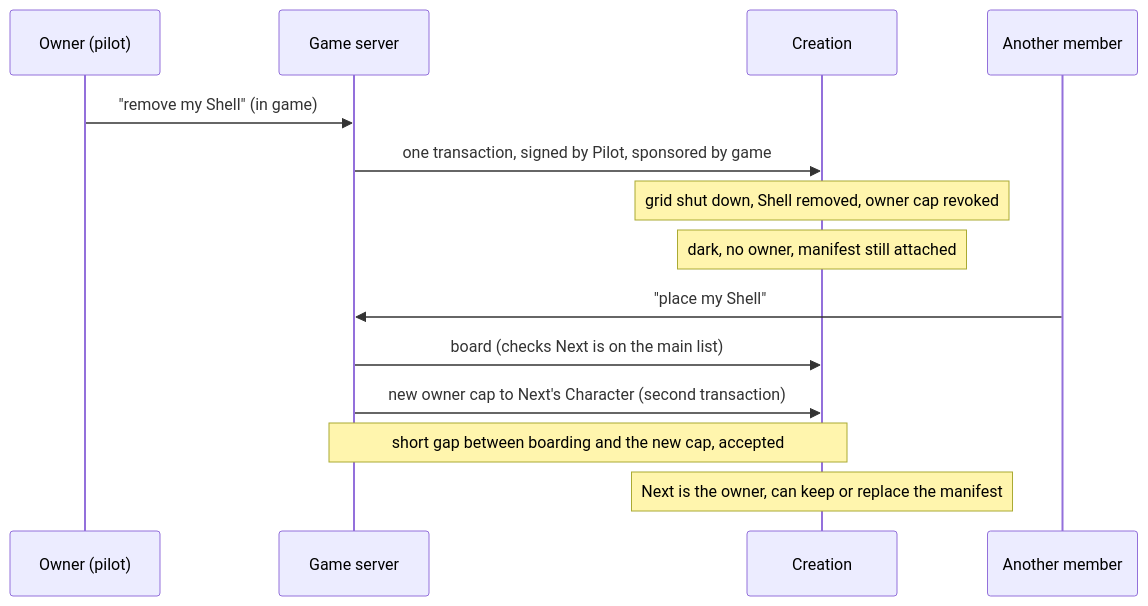
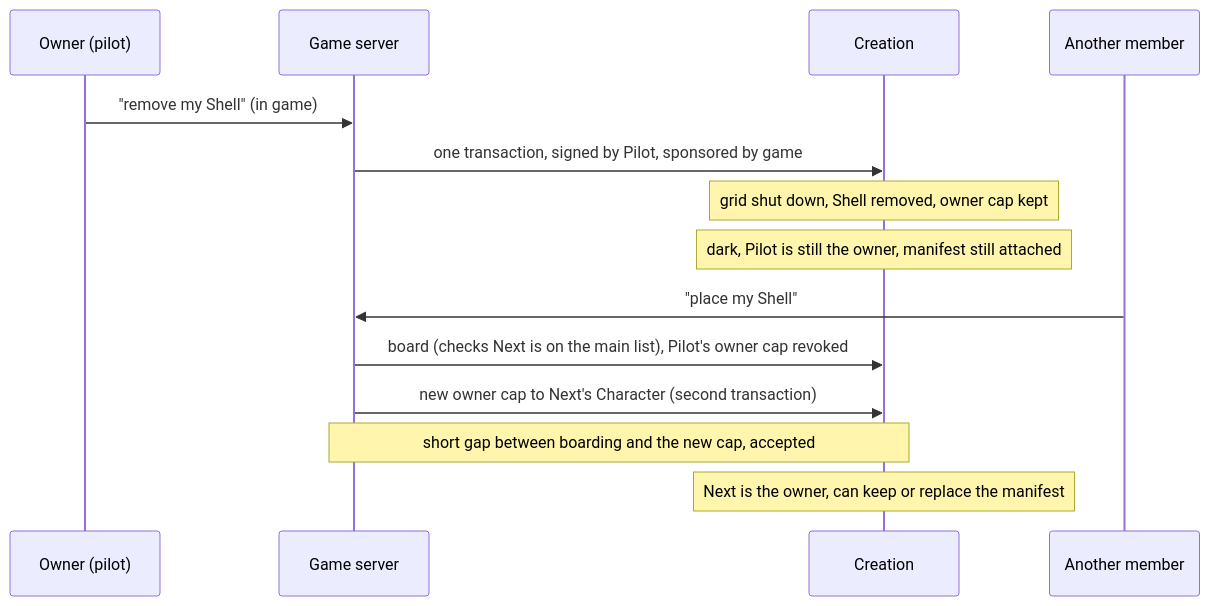
Before and after one commit to evefrontier/world-contracts: the third of 6 diagrams in docs/adr/0007-access-control.md, drawn with Mermaid. The commit also changed other lines of this file, not shown here.

Commit message:
docs(adr): keep the owner when the Shell is removed

````diff
--- a/docs/adr/0007-access-control.md
+++ b/docs/adr/0007-access-control.md
@@ -102,17 +104,17 @@
 ```mermaid
 sequenceDiagram
     participant Pilot as Owner (pilot)
     participant Game as Game server
     participant Chain as Creation
     participant Next as Another member
 
     Pilot->>Game: "remove my Shell" (in game)
     Game->>Chain: one transaction, signed by Pilot, sponsored by game
-    Note over Chain: grid shut down, Shell removed, owner cap revoked
-    Note over Chain: dark, no owner, manifest still attached
+    Note over Chain: grid shut down, Shell removed, owner cap kept
+    Note over Chain: dark, Pilot is still the owner, manifest still attached
     Next->>Game: "place my Shell"
-    Game->>Chain: board (checks Next is on the main list)
+    Game->>Chain: board (checks Next is on the main list), Pilot's owner cap revoked
     Game->>Chain: new owner cap to Next's Character (second transaction)
     Note over Game,Chain: short gap between boarding and the new cap, accepted
     Note over Chain: Next is the owner, can keep or replace the manifest
 ```
````
